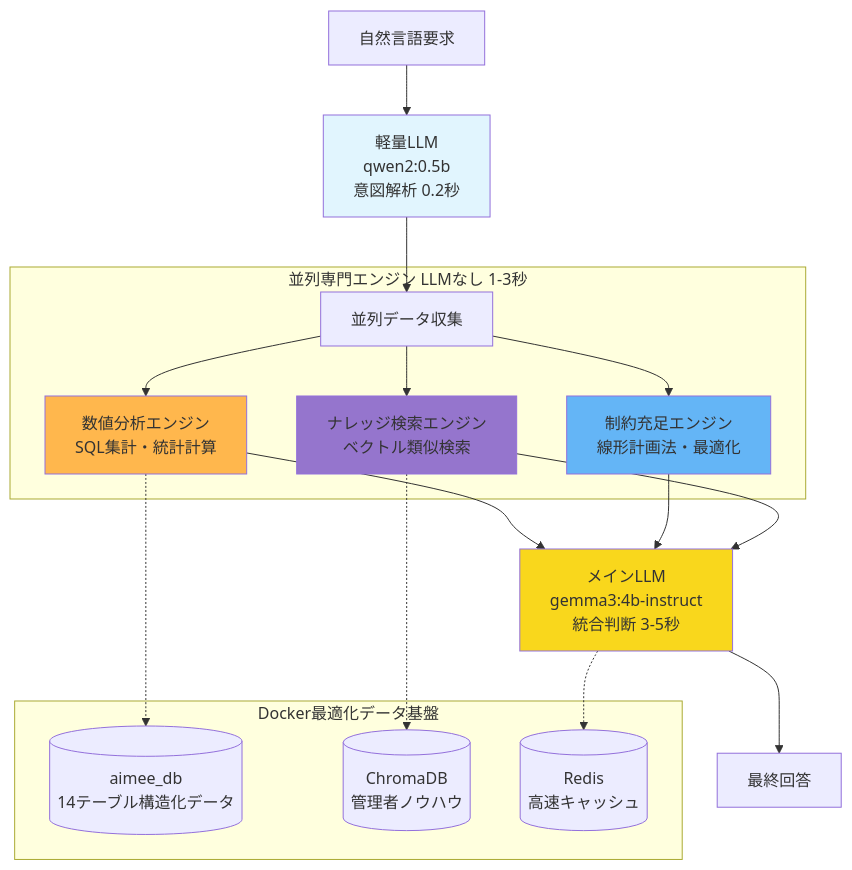
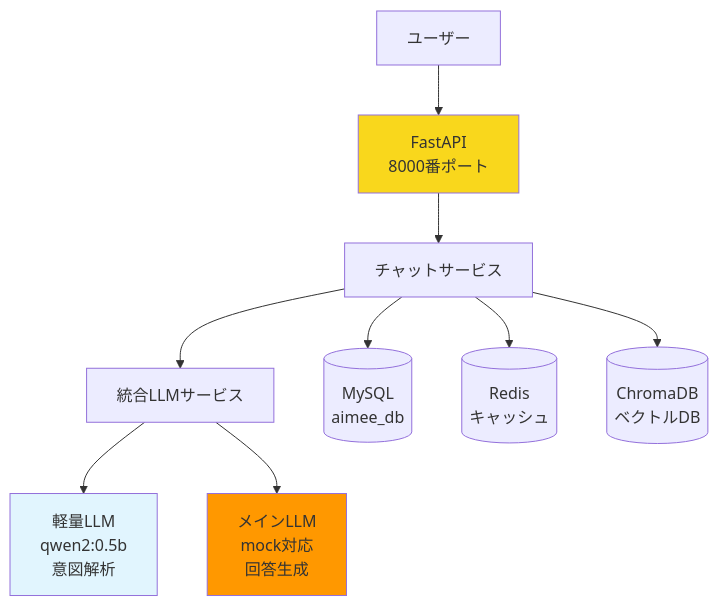
Before and after one commit to EraX-1/aimee-be: the diagram in README.md, drawn with Mermaid. The commit also changed other lines of this file and 27 other files, not shown here.

````diff
--- a/README.md
+++ b/README.md
@@ -11,34 +11,18 @@
 ```mermaid
 graph TB
-    Query[自然言語要求] --> LightLLM[軽量LLM<br/>qwen2:0.5b<br/>意図解析 0.2秒]
+    User[ユーザー] --> API[FastAPI<br/>8000番ポート]
     
-    LightLLM --> Parallel[並列データ収集]
+    API --> ChatService[チャットサービス]
     
-    subgraph parallel [並列専門エンジン LLMなし 1-3秒]
-        Parallel --> MySQL[数値分析エンジン<br/>SQL集計・統計計算]
-        Parallel --> Rules[制約充足エンジン<br/>線形計画法・最適化]
-        Parallel --> Vector[ナレッジ検索エンジン<br/>ベクトル類似検索]
-    end
+    ChatService --> IntegratedLLM[統合LLMサービス]
+    IntegratedLLM --> LightLLM[軽量LLM<br/>qwen2:0.5b<br/>意図解析]
+    IntegratedLLM --> MainLLM[メインLLM<br/>mock対応<br/>回答生成]
     
-    MySQL --> MainLLM[メインLLM<br/>gemma3:4b-instruct<br/>統合判断 3-5秒]
-    Rules --> MainLLM
-    Vector --> MainLLM
+    ChatService --> DB[(MySQL<br/>aimee_db)]
+    ChatService --> Redis[(Redis<br/>キャッシュ)]
+    ChatService --> ChromaDB[(ChromaDB<br/>ベクトルDB)]
     
-    MainLLM --> Response[最終回答]
-    
-    subgraph docker [Docker最適化データ基盤]
-        AimeeDB[(aimee_db<br/>14テーブル構造化データ)]
-        ChromaDB[(ChromaDB<br/>管理者ノウハウ)]
-        Redis[(Redis<br/>高速キャッシュ)]
-    end
-    
-    MySQL -.-> AimeeDB
-    Vector -.-> ChromaDB
-    MainLLM -.-> Redis
-    
+    style API fill:#f9d71c
     style LightLLM fill:#e1f5fe
-    style MainLLM fill:#f9d71c
-    style MySQL fill:#ffb74d
-    style Rules fill:#64b5f6
-    style Vector fill:#9575cd
+    style MainLLM fill:#ff9800
 ```
````
